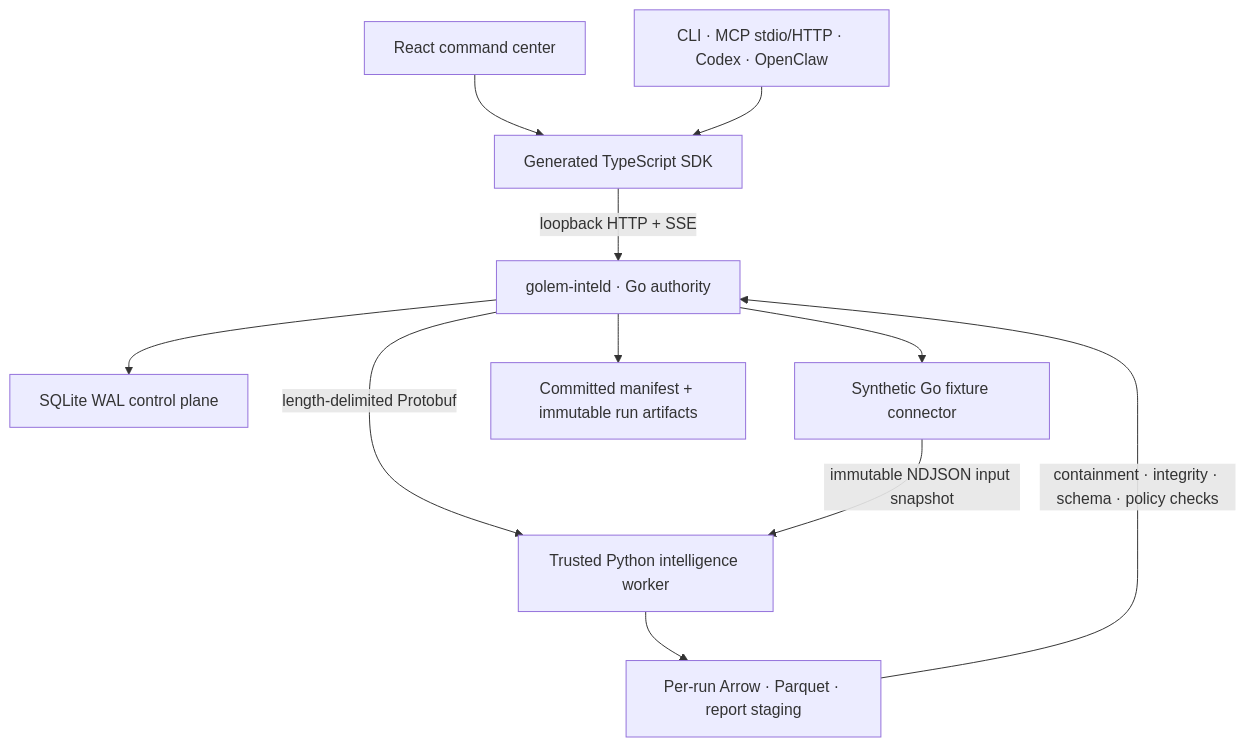
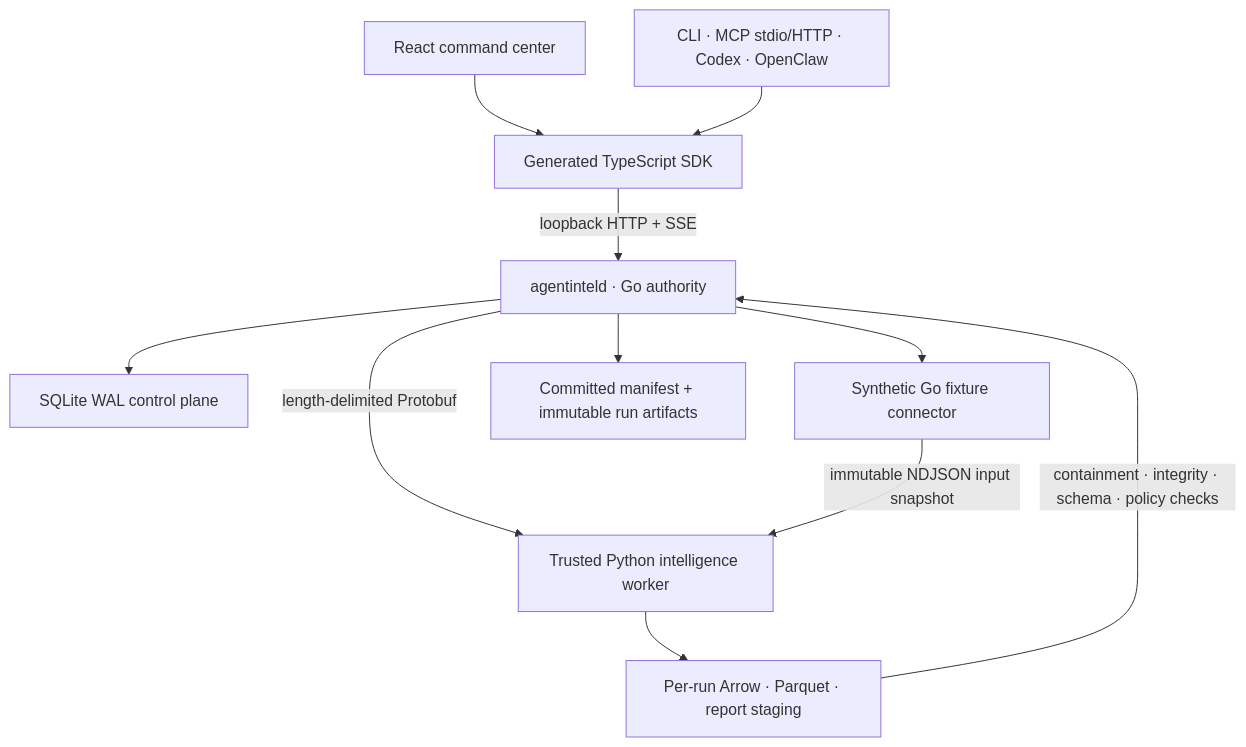
One commit to MaxJafar/marketingovo changed the diagram in docs/architecture.md. Above: the diagram before and after it, drawn with Mermaid. The commit also changed other lines of this file and 214 other files, not shown here.

````diff
--- a/docs/architecture.md
+++ b/docs/architecture.md
@@ -9,23 +9,23 @@
 ```mermaid
 flowchart TB
   UI["React command center"]
   Agents["CLI · MCP stdio/HTTP · Codex · OpenClaw"]
   SDK["Generated TypeScript SDK"]
-  Daemon["golem-inteld · Go authority"]
+  Daemon["agentinteld · Go authority"]
   Control["SQLite WAL control plane"]
   Fixture["Synthetic Go fixture connector"]
   Python["Trusted Python intelligence worker"]
   Spool["Per-run Arrow · Parquet · report staging"]
   Lake["Committed manifest + immutable run artifacts"]
 
   UI --> SDK
   Agents --> SDK
   SDK -->|"loopback HTTP + SSE"| Daemon
   Daemon --> Control
   Daemon --> Fixture
   Daemon -->|"length-delimited Protobuf"| Python
   Fixture -->|"immutable NDJSON input snapshot"| Python
   Python --> Spool
   Spool -->|"containment · integrity · schema · policy checks"| Daemon
   Daemon --> Lake
 ```
````
